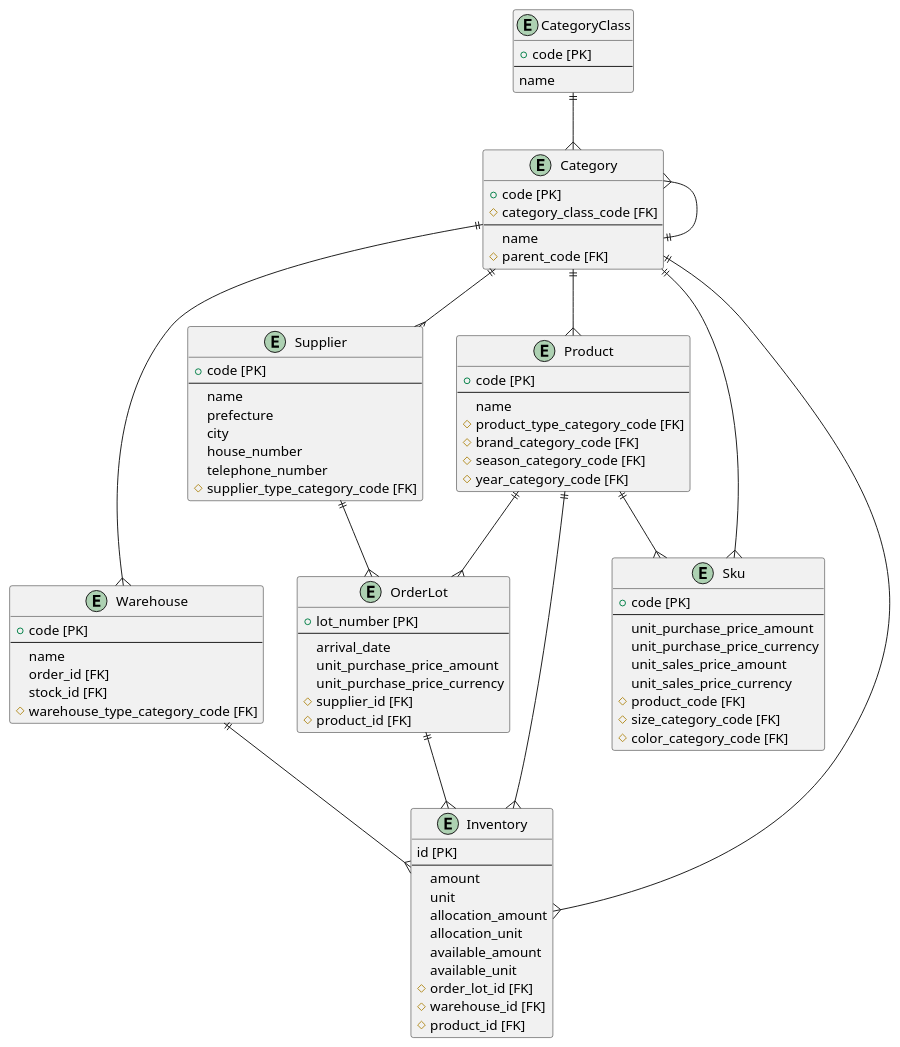
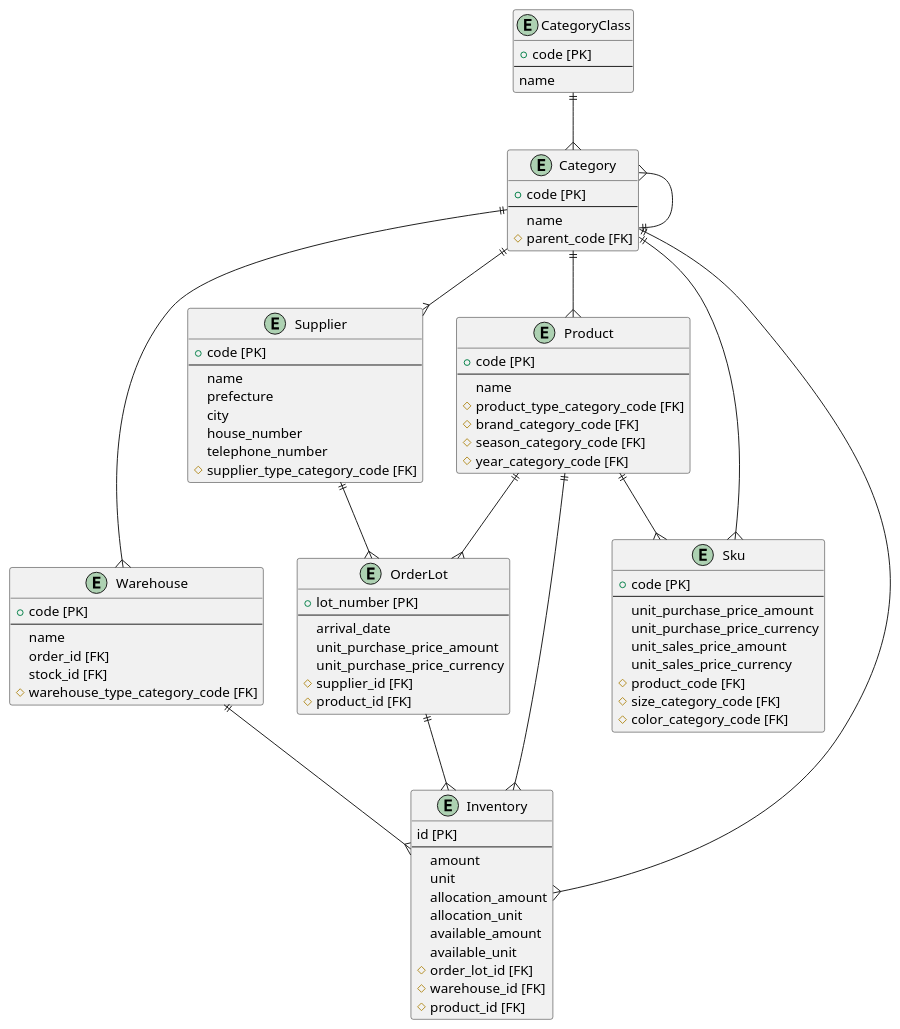
Diagram 11 of 11 in docs/dev/sales_modeling/inventory.md (k2works/etude_for_rails), drawn with PlantUML before and after one commit. The commit also changed other lines of this file and 12 other files, not shown here.

````diff
--- a/docs/dev/sales_modeling/inventory.md
+++ b/docs/dev/sales_modeling/inventory.md
@@ -298,5 +298,4 @@
 ```puml
-
 entity Supplier {
   + code [PK]
   --
@@ -336,11 +335,10 @@
   # color_category_code [FK]  
 }
 entity Category {
-  + code [PK]  
-  # category_class_code [FK]    
+  + code [PK]
   --
   name
-  # parent_code [FK]    
+  # parent_code [FK]
 }
 entity CategoryClass {
   + code [PK]
@@ -369,7 +367,6 @@
   # warehouse_id [FK]
   # product_id [FK]
 }
-
 CategoryClass ||-do-{ Category
 Product ||-do-{ Sku
 Category ||-do-{ Sku
````
